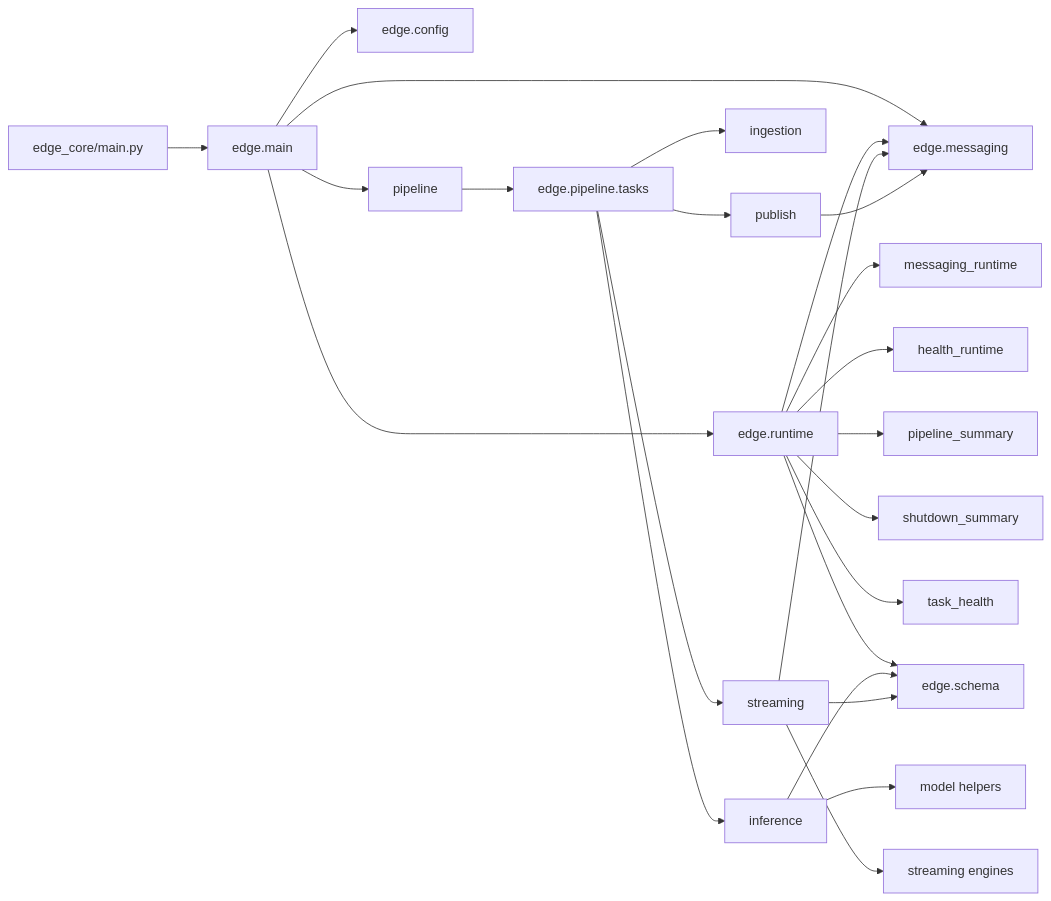
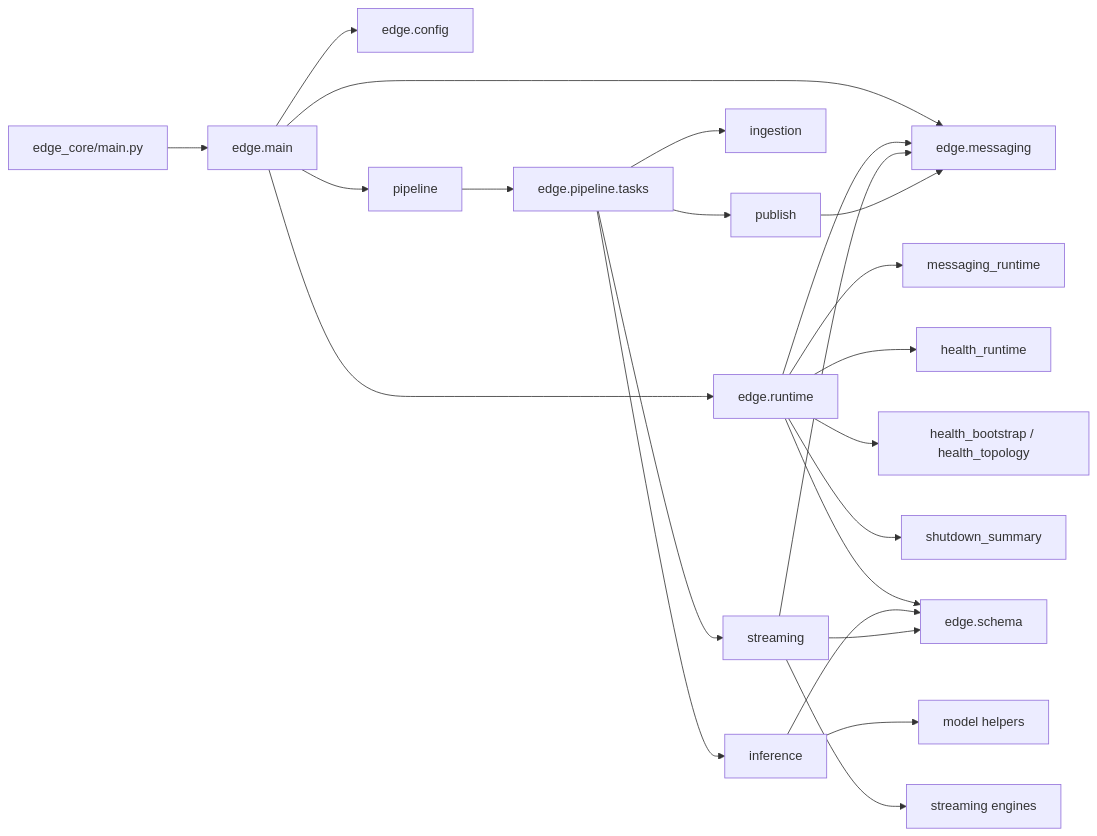
Before and after one commit to allenshie/edge_core: the diagram in docs/diagrams/module-dependency.mmd, drawn with Mermaid. The commit also changed 7 other files, not shown here.

```diff
--- a/docs/diagrams/module-dependency.mmd
+++ b/docs/diagrams/module-dependency.mmd
@@ -1,44 +1,42 @@
 graph LR
     Compat[edge_core/main.py]
     Main[edge.main]
     Config[edge.config]
     Messaging[edge.messaging]
     Runtime[edge.runtime]
     MessagingRuntime[messaging_runtime]
     HealthRuntime[health_runtime]
-    PipelineSummary[pipeline_summary]
+    HealthReporting[health_bootstrap / health_topology]
     ShutdownSummary[shutdown_summary]
-    TaskHealth[task_health]
     Pipeline[pipeline]
     Tasks[edge.pipeline.tasks]
     Ingest[ingestion]
     Infer[inference]
     Stream[streaming]
     Publish[publish]
     Models[model helpers]
     Engines[streaming engines]
     Schema[edge.schema]
 
     Compat --> Main
     Main --> Config
     Main --> Messaging
     Main --> Runtime
     Main --> Pipeline
     Runtime --> MessagingRuntime
     Runtime --> HealthRuntime
-    Runtime --> PipelineSummary
+    Runtime --> HealthReporting
     Runtime --> ShutdownSummary
-    Runtime --> TaskHealth
     Runtime --> Messaging
     Runtime --> Schema
     Pipeline --> Tasks
     Tasks --> Ingest
     Tasks --> Infer
     Tasks --> Stream
     Tasks --> Publish
     Infer --> Models
     Infer --> Schema
     Stream --> Engines
     Stream --> Messaging
     Stream --> Schema
     Publish --> Messaging
```
